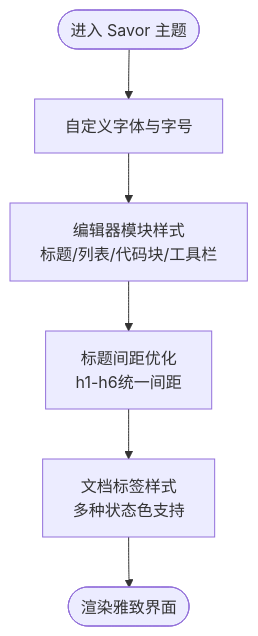
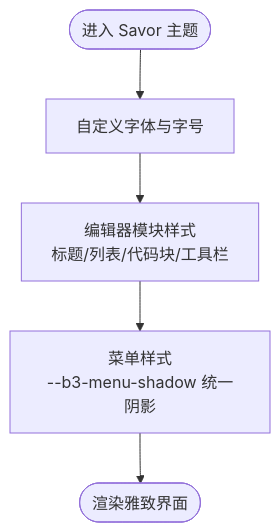
One commit to terwer/siyuan-plugin-blog changed the sixth of 8 diagrams in .qoder/repowiki/zh/content/核心功能/主题系统/自定义主题开发/主题定制实例.md. Above: the diagram before and after it, drawn with Mermaid. The commit also changed other lines of this file and 31 other files, not shown here.

````diff
--- a/.qoder/repowiki/zh/content/核心功能/主题系统/自定义主题开发/主题定制实例.md
+++ b/.qoder/repowiki/zh/content/核心功能/主题系统/自定义主题开发/主题定制实例.md
@@ -308,8 +262,7 @@
 ```mermaid
 flowchart TD
 Start(["进入 Savor 主题"]) --> Font["自定义字体与字号"]
 Font --> Editor["编辑器模块样式<br/>标题/列表/代码块/工具栏"]
-Editor --> Headings["标题间距优化<br/>h1-h6统一间距"]
-Headings --> Chips["文档标签样式<br/>多种状态色支持"]
-Chips --> Render(["渲染雅致界面"])
+Editor --> Menu["菜单样式<br/>--b3-menu-shadow 统一阴影"]
+Menu --> Render(["渲染雅致界面"])
 ```
````
